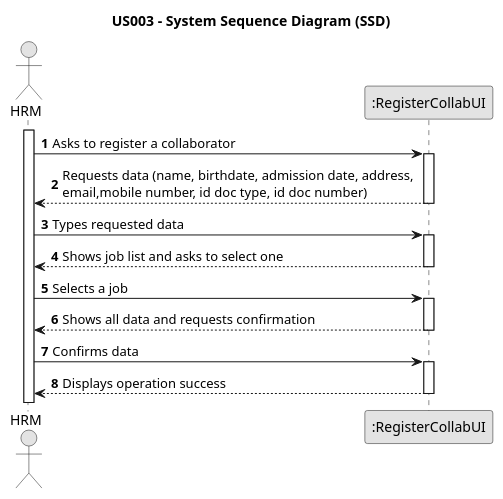
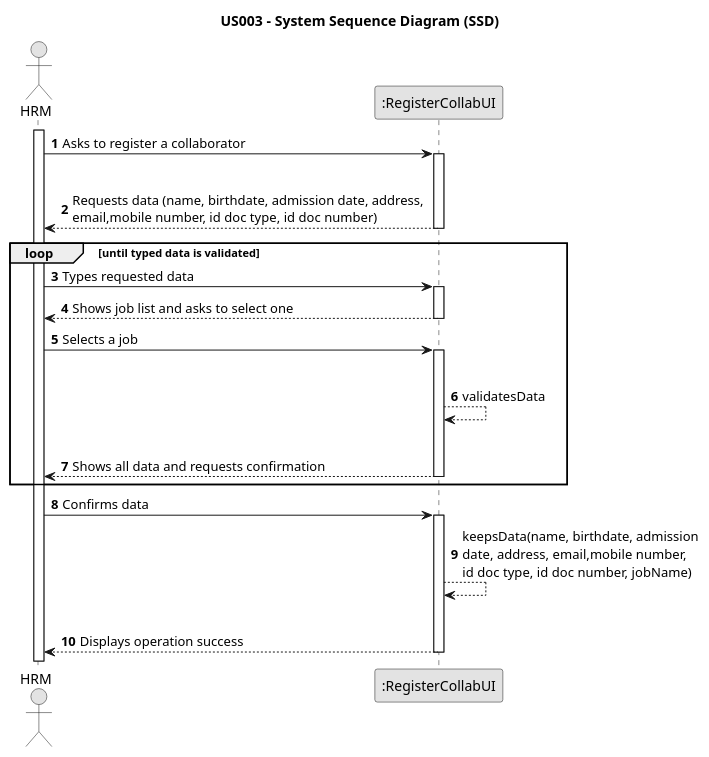
The diagram in docs/sprintB/us003/01.requirements-engineering/puml/us003-system-sequence-diagram-alternative-one.puml (Rui-San/LAPR2_2023_2024), drawn with PlantUML before and after one commit. The commit also changed 5 other files, not shown here.

```diff
--- a/docs/sprintB/us003/01.requirements-engineering/puml/us003-system-sequence-diagram-alternative-one.puml
+++ b/docs/sprintB/us003/01.requirements-engineering/puml/us003-system-sequence-diagram-alternative-one.puml
@@ -1,43 +1,47 @@
 @startuml
 skinparam monochrome true
 skinparam packageStyle rectangle
 skinparam shadowing false
 
 title US003 - System Sequence Diagram (SSD)
 
 autonumber
 
 actor "HRM" as Employee
 participant ":RegisterCollabUI" as System
 
 activate Employee
 
     Employee -> System : Asks to register a collaborator
 
     activate System
-
+        |||
         System --> Employee : Requests data (name, birthdate, admission date, address, \nemail,mobile number, id doc type, id doc number)
     deactivate System
 
+    loop until typed data is validated
     Employee -> System : Types requested data
 
     activate System
 
         System --> Employee : Shows job list and asks to select one
     deactivate System
 
     Employee -> System : Selects a job
 
     activate System
-
+        |||
+        System --> System : validatesData
+        |||
         System --> Employee : Shows all data and requests confirmation
     deactivate System
-
+    end
     Employee -> System : Confirms data
 
     activate System
-
+        System --> System : keepsData(name, birthdate, admission\ndate, address, email,mobile number,\nid doc type, id doc number, jobName)
+        |||
         System --> Employee : Displays operation success
     deactivate System
 
 @enduml
```
